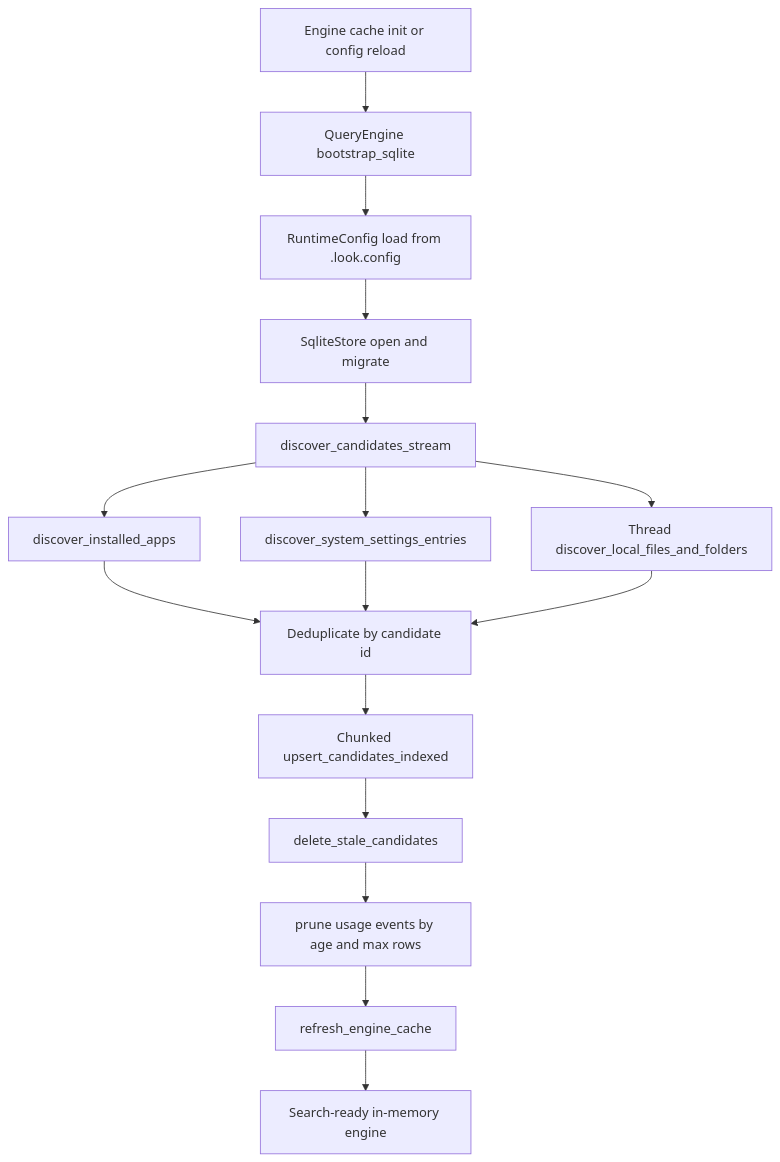
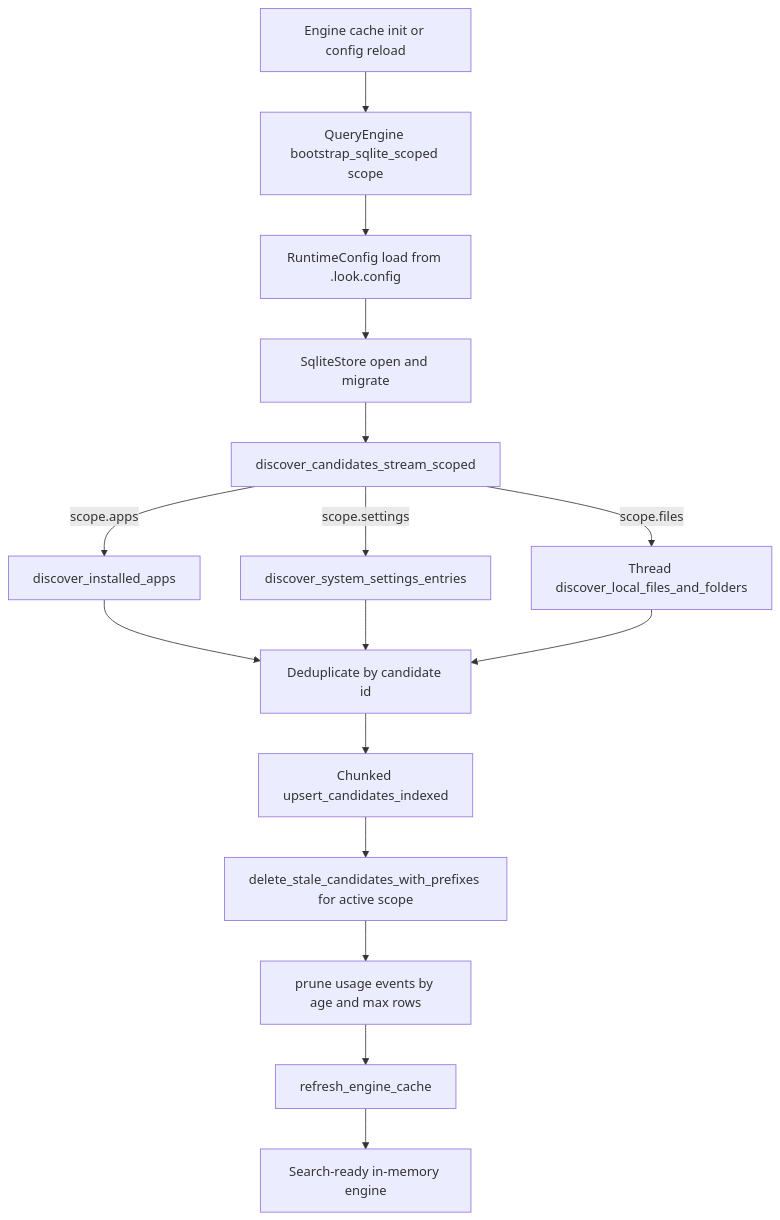
One commit to kunkka19xx/look changed the fifth of 9 diagrams in docs/architecture.md. Above: the diagram before and after it, drawn with Mermaid. The commit also changed other lines of this file and 10 other files, not shown here.

````diff
--- a/docs/architecture.md
+++ b/docs/architecture.md
@@ -155,21 +168,21 @@
 ```mermaid
 flowchart TD
-    Start[Engine cache init or config reload] --> Bootstrap[QueryEngine bootstrap_sqlite]
+    Start[Engine cache init or config reload] --> Bootstrap[QueryEngine bootstrap_sqlite_scoped scope]
     Bootstrap --> LoadCfg[RuntimeConfig load from .look.config]
     LoadCfg --> OpenStore[SqliteStore open and migrate]
-    OpenStore --> Stream[discover_candidates_stream]
+    OpenStore --> Stream[discover_candidates_stream_scoped]
 
-    Stream --> Apps[discover_installed_apps]
-    Stream --> Settings[discover_system_settings_entries]
-    Stream --> FilesThread[Thread discover_local_files_and_folders]
+    Stream -- scope.apps --> Apps[discover_installed_apps]
+    Stream -- scope.settings --> Settings[discover_system_settings_entries]
+    Stream -- scope.files --> FilesThread[Thread discover_local_files_and_folders]
 
     Apps --> Dedup[Deduplicate by candidate id]
     Settings --> Dedup
     FilesThread --> Dedup
 
     Dedup --> ChunkUpsert[Chunked upsert_candidates_indexed]
-    ChunkUpsert --> DeleteStale[delete_stale_candidates]
+    ChunkUpsert --> DeleteStale[delete_stale_candidates_with_prefixes for active scope]
     DeleteStale --> UsagePrune[prune usage events by age and max rows]
     UsagePrune --> RefreshCache[refresh_engine_cache]
     RefreshCache --> Ready[Search-ready in-memory engine]
 ```
````
